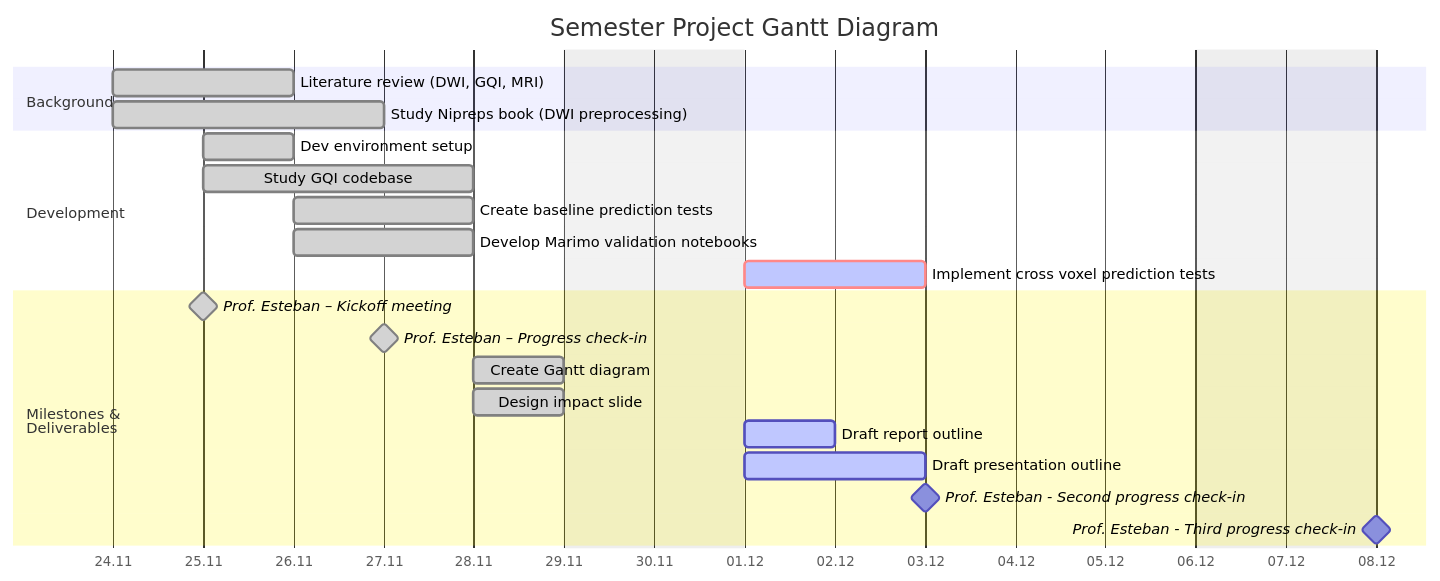
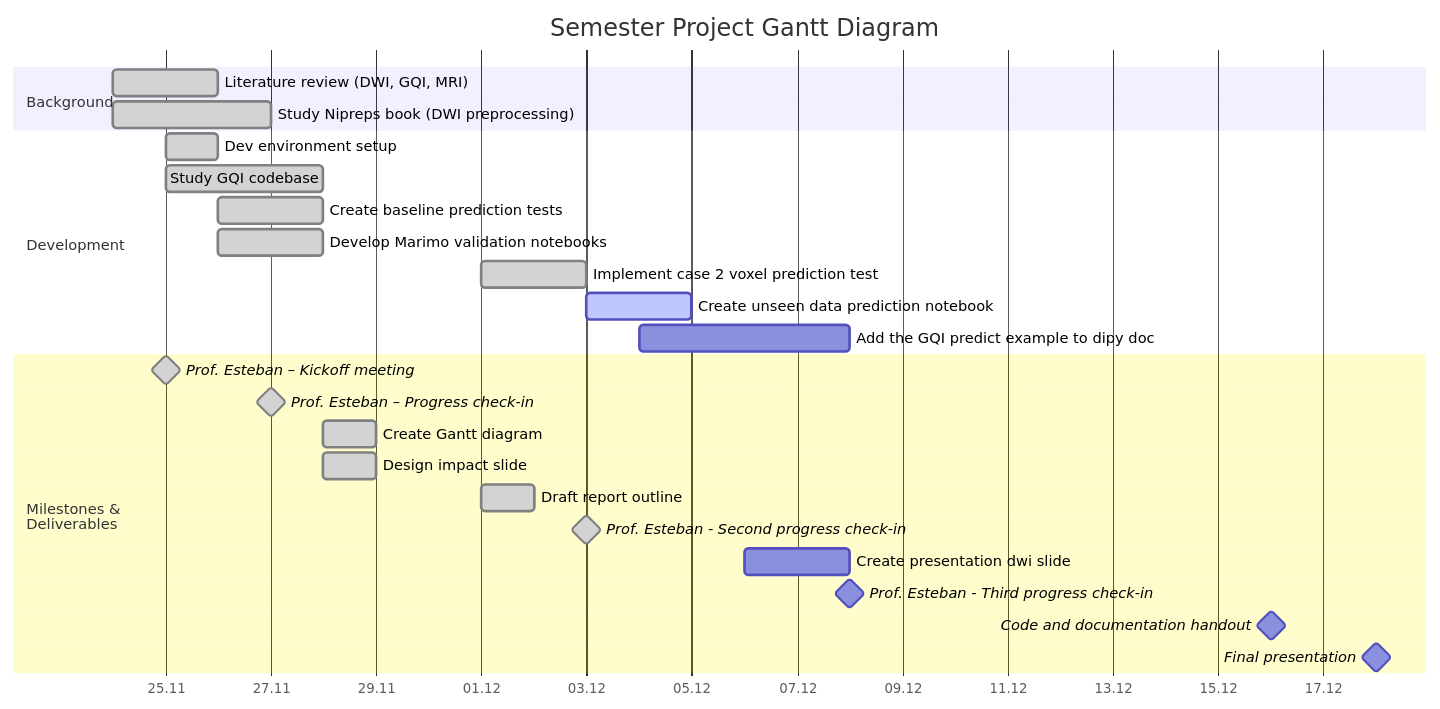
Before and after one commit to MadeInShineA/303.1-semester-project: the diagram in src/index.qmd, drawn with Mermaid. The commit also changed 4 other files, not shown here.

Commit message:
Updated Gantt diagram and Daily diary

````diff
--- a/src/index.qmd
+++ b/src/index.qmd
@@ -20,30 +20,36 @@
 ```{mermaid}
 gantt
 
     title Semester Project Gantt Diagram
     dateFormat DD.MM.YYYY
     axisFormat %d.%m
-    excludes weekends
 
     section Background
         Literature review (DWI, GQI, MRI)       :done,         research,       24.11.2025, 2d
         Study Nipreps book (DWI preprocessing)  :done,         nipreps,        24.11.2025, 3d
 
     section Development
         Dev environment setup                   :done,         devenv,         25.11.2025, 1d
         Study GQI codebase                      :done,         codebase,       25.11.2025, 3d
         Create baseline prediction tests        :done,         simple_tests,   26.11.2025, 2d
         Develop Marimo validation notebooks     :done,         notebooks,      26.11.2025, 2d
-        Implement cross voxel prediction tests  :crit, active,    cross_tests,    01.12.2025, 2d
+        Implement case 2 voxel prediction test :done,         cross_tests,    01.12.2025, 2d
+        Create unseen data prediction notebook  :active,       unseen_data,    03.12.2025, 2d
+        Add the GQI predict example to dipy doc :              predict_example,04.12.2025, 08.12.2025
+
+      
         
 
     section Milestones & <br>Deliverables
         Prof. Esteban – Kickoff meeting         :done,         milestone,      25.11.2025, 0d
         Prof. Esteban – Progress check-in       :done,         milestone,      27.11.2025, 0d
-        Create Gantt diagram                    :done,  gantt,          28.11.2025, 1d
-        Design impact slide                     :done,  impact,         28.11.2025, 1d
-        Draft report outline                    :active,         r_draft,        01.12.2025, 1d
-        Draft presentation outline              :active,         p_draft,        01.12.2025, 2d 
-        Prof. Esteban - Second progress check-in:         milestone,      03.12.2025, 0d
-        Prof. Esteban - Third progress check-in :         milestone,      08.12.2025, 0d
+        Create Gantt diagram                    :done,         gantt,          28.11.2025, 1d
+        Design impact slide                     :done,         impact,         28.11.2025, 1d
+        Draft report outline                    :done,         r_draft,        01.12.2025, 1d
+        Prof. Esteban - Second progress check-in:done,         milestone,      03.12.2025, 0d
+        Create presentation dwi slide           :              p_draft,        06.12.2025, 08.12.2025 
+        Prof. Esteban - Third progress check-in :              milestone,      08.12.2025, 0d
+        Code and documentation handout          :              milestone,      16.12.2025, 0d
+        Final presentation                      :              milestone,      18.12.2025, 0d
+        
 ```
````
